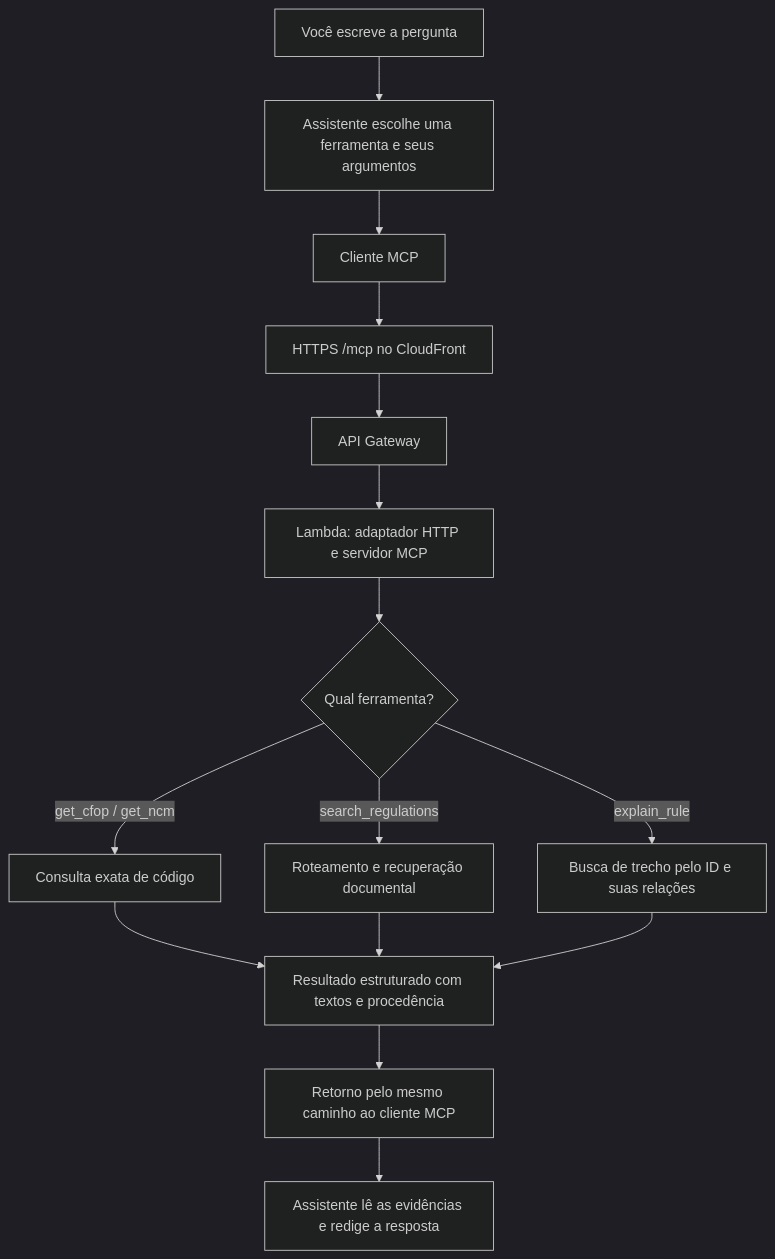
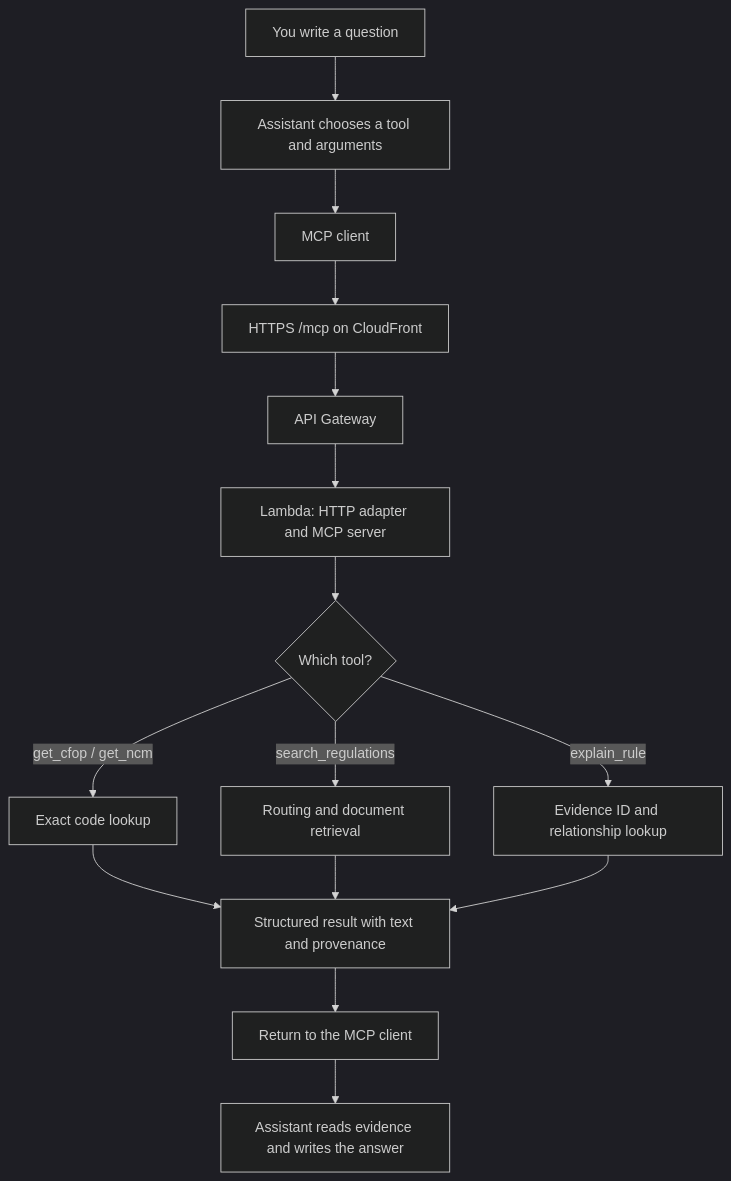
Before and after one commit to VZiemer/fiscal-rag-lab: the diagram in README-RAG.md, drawn with Mermaid (dark theme). The commit also changed other lines of this file and 72 other files, not shown here.

````diff
--- a/README-RAG.md
+++ b/README-RAG.md
@@ -50,17 +50,17 @@
 ```mermaid
 flowchart TD
-    U["Você escreve a pergunta"] --> A["Assistente escolhe uma ferramenta e seus argumentos"]
-    A --> C["Cliente MCP"]
-    C --> CF["HTTPS /mcp no CloudFront"]
+    U["You write a question"] --> A["Assistant chooses a tool and arguments"]
+    A --> C["MCP client"]
+    C --> CF["HTTPS /mcp on CloudFront"]
     CF --> API["API Gateway"]
-    API --> L["Lambda: adaptador HTTP e servidor MCP"]
-    L --> T{"Qual ferramenta?"}
-    T -->|get_cfop / get_ncm| E["Consulta exata de código"]
-    T -->|search_regulations| R["Roteamento e recuperação documental"]
-    T -->|explain_rule| I["Busca de trecho pelo ID e suas relações"]
-    E --> O["Resultado estruturado com textos e procedência"]
+    API --> L["Lambda: HTTP adapter and MCP server"]
+    L --> T{"Which tool?"}
+    T -->|get_cfop / get_ncm| E["Exact code lookup"]
+    T -->|search_regulations| R["Routing and document retrieval"]
+    T -->|explain_rule| I["Evidence ID and relationship lookup"]
+    E --> O["Structured result with text and provenance"]
     R --> O
     I --> O
-    O --> C2["Retorno pelo mesmo caminho ao cliente MCP"]
-    C2 --> A2["Assistente lê as evidências e redige a resposta"]
+    O --> C2["Return to the MCP client"]
+    C2 --> A2["Assistant reads evidence and writes the answer"]
 ```
````
